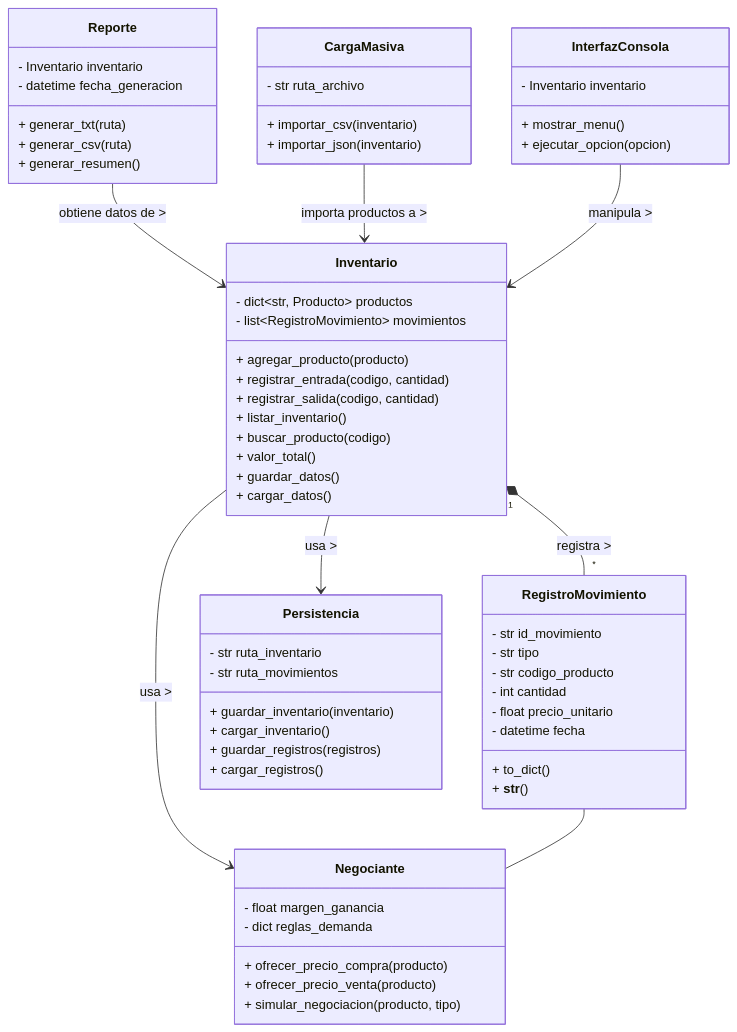
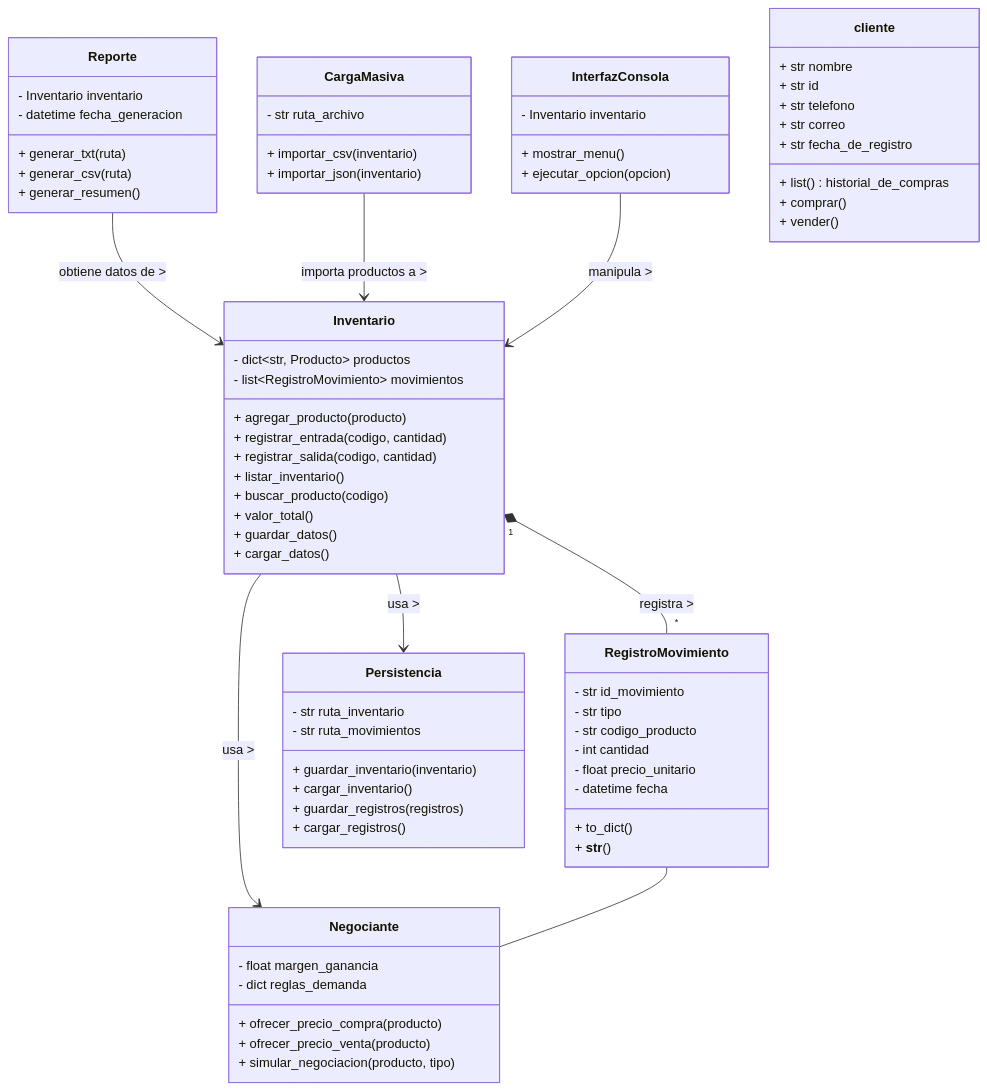
Before and after one commit to samuelmp26/Gaming-store-: the first of 3 diagrams in README.md, drawn with Mermaid.

Commit message:
Add cliente class definition to README

`````diff
--- a/README.md
+++ b/README.md
@@ -25,70 +25,81 @@
  ````mermaid
 classDiagram
 direction TB
  class Inventario {
 	    - dict~str, Producto~ productos
 	    - list~RegistroMovimiento~ movimientos
 	    + agregar_producto(producto)
 	    + registrar_entrada(codigo, cantidad)
 	    + registrar_salida(codigo, cantidad)
 	    + listar_inventario()
 	    + buscar_producto(codigo)
 	    + valor_total()
 	    + guardar_datos()
 	    + cargar_datos()
     }
  class RegistroMovimiento {
 	    - str id_movimiento
 	    - str tipo
 	    - str codigo_producto
 	    - int cantidad
 	    - float precio_unitario
 	    - datetime fecha
 	    + to_dict()
 	    + __str__()
     }
  class Persistencia {
 	    - str ruta_inventario
 	    - str ruta_movimientos
 	    + guardar_inventario(inventario)
 	    + cargar_inventario()
 	    + guardar_registros(registros)
 	    + cargar_registros()
     }
  class Reporte {
 	    - Inventario inventario
 	    - datetime fecha_generacion
 	    + generar_txt(ruta)
 	    + generar_csv(ruta)
 	    + generar_resumen()
     }
 
  class CargaMasiva {
 	    - str ruta_archivo
 	    + importar_csv(inventario)
 	    + importar_json(inventario)
     }
 
  class InterfazConsola {
 	    - Inventario inventario
 	    + mostrar_menu()
 	    + ejecutar_opcion(opcion)
  }
  class Negociante {
 	    - float margen_ganancia
 	    - dict reglas_demanda
 	    + ofrecer_precio_compra(producto)
 	    + ofrecer_precio_venta(producto)
 	    + simular_negociacion(producto, tipo)
     }
+    class cliente{
+       + str nombre 
+       + str id 
+       + str telefono 
+       + str correo 
+       + str fecha_de_registro
+       + list() historial_de_compras
+
+       + comprar()
+       + vender()
+    }
 
     Inventario "1" *-- "*" RegistroMovimiento : registra >
     Inventario --> Persistencia : usa >
     Inventario --> Negociante : usa >
     Reporte --> Inventario : obtiene datos de >
     CargaMasiva --> Inventario : importa productos a >
     InterfazConsola --> Inventario : manipula >
     RegistroMovimiento -- Negociante
 
 
 ````
`````
